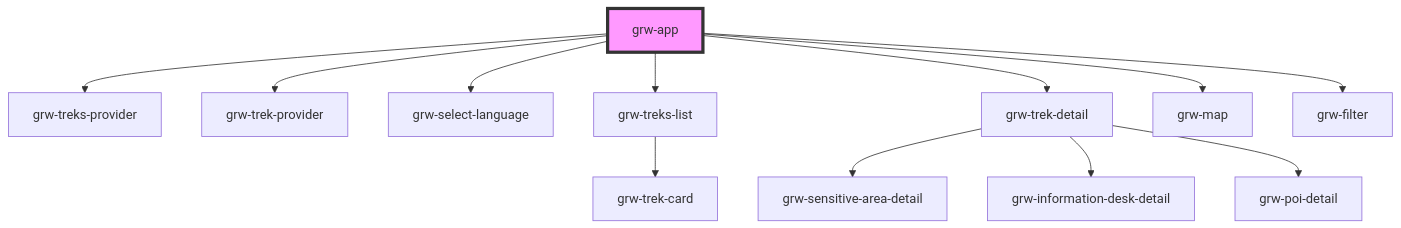
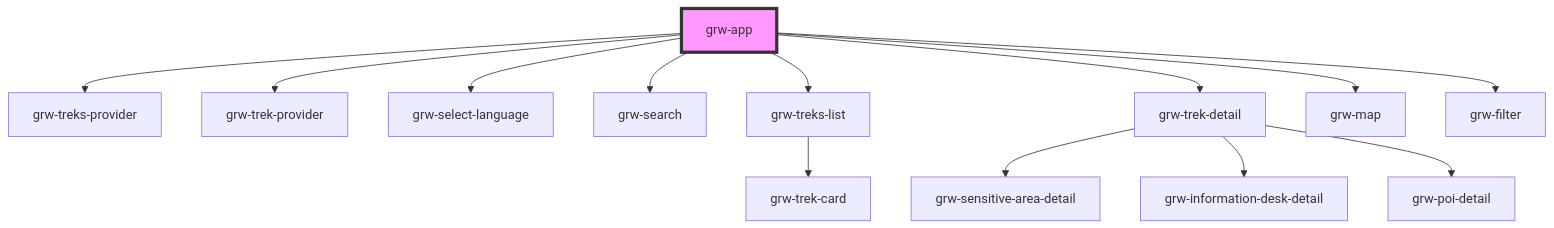
One commit to GeotrekCE/Geotrek-rando-widget changed the diagram in src/components/grw-app/readme.md. Above: the diagram before and after it, drawn with Mermaid. The commit also changed other lines of this file and 12 other files, not shown here.

````diff
--- a/src/components/grw-app/readme.md
+++ b/src/components/grw-app/readme.md
@@ -71,15 +72,16 @@
 ```mermaid
 graph TD;
   grw-app --> grw-treks-provider
   grw-app --> grw-trek-provider
   grw-app --> grw-select-language
+  grw-app --> grw-search
   grw-app --> grw-treks-list
   grw-app --> grw-trek-detail
   grw-app --> grw-map
   grw-app --> grw-filter
   grw-treks-list --> grw-trek-card
   grw-trek-detail --> grw-sensitive-area-detail
   grw-trek-detail --> grw-information-desk-detail
   grw-trek-detail --> grw-poi-detail
   style grw-app fill:#f9f,stroke:#333,stroke-width:4px
 ```
````
